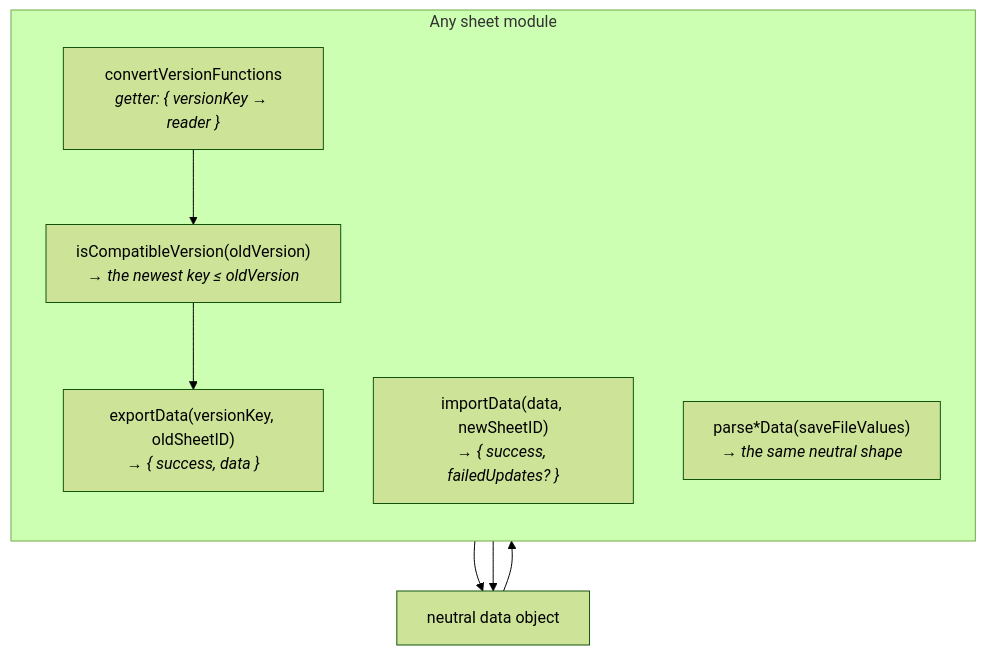
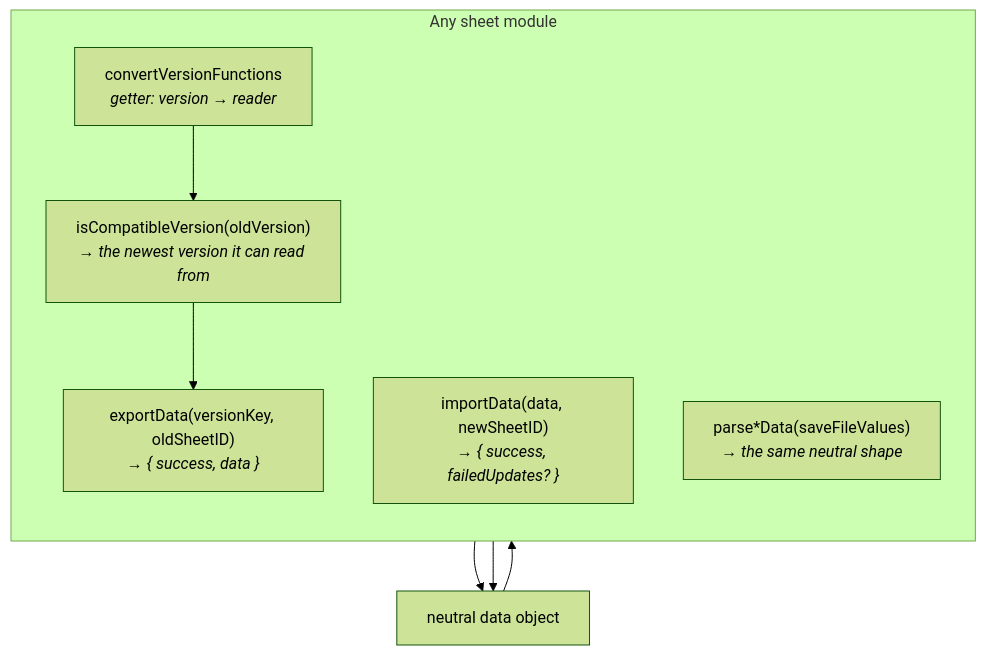
Before and after one commit to Bisse123/The-Tower-App-Script: the first of 3 diagrams in documentation/05-sheet-modules.md, drawn with Mermaid (forest theme). The commit also changed other lines of this file and 12 other files, not shown here.

First line of the commit message:
Document deployment flow and report add-on version

````diff
--- a/documentation/05-sheet-modules.md
+++ b/documentation/05-sheet-modules.md
@@ -17,16 +16,16 @@
 ```mermaid
 flowchart TB
     subgraph M["Any sheet module"]
         direction TB
-        A["convertVersionFunctions<br/><i>getter: { versionKey → reader }</i>"]
-        B["isCompatibleVersion(oldVersion)<br/><i>→ the newest key ≤ oldVersion</i>"]
+        A["convertVersionFunctions<br/><i>getter: version → reader</i>"]
+        B["isCompatibleVersion(oldVersion)<br/><i>→ the newest version it can read from</i>"]
         C["exportData(versionKey, oldSheetID)<br/><i>→ { success, data }</i>"]
         D["importData(data, newSheetID)<br/><i>→ { success, failedUpdates? }</i>"]
         E["parse*Data(saveFileValues)<br/><i>→ the same neutral shape</i>"]
     end
 
     A --> B --> C
     C --> N["neutral data object"]
     E --> N
     N --> D
 ```
````
